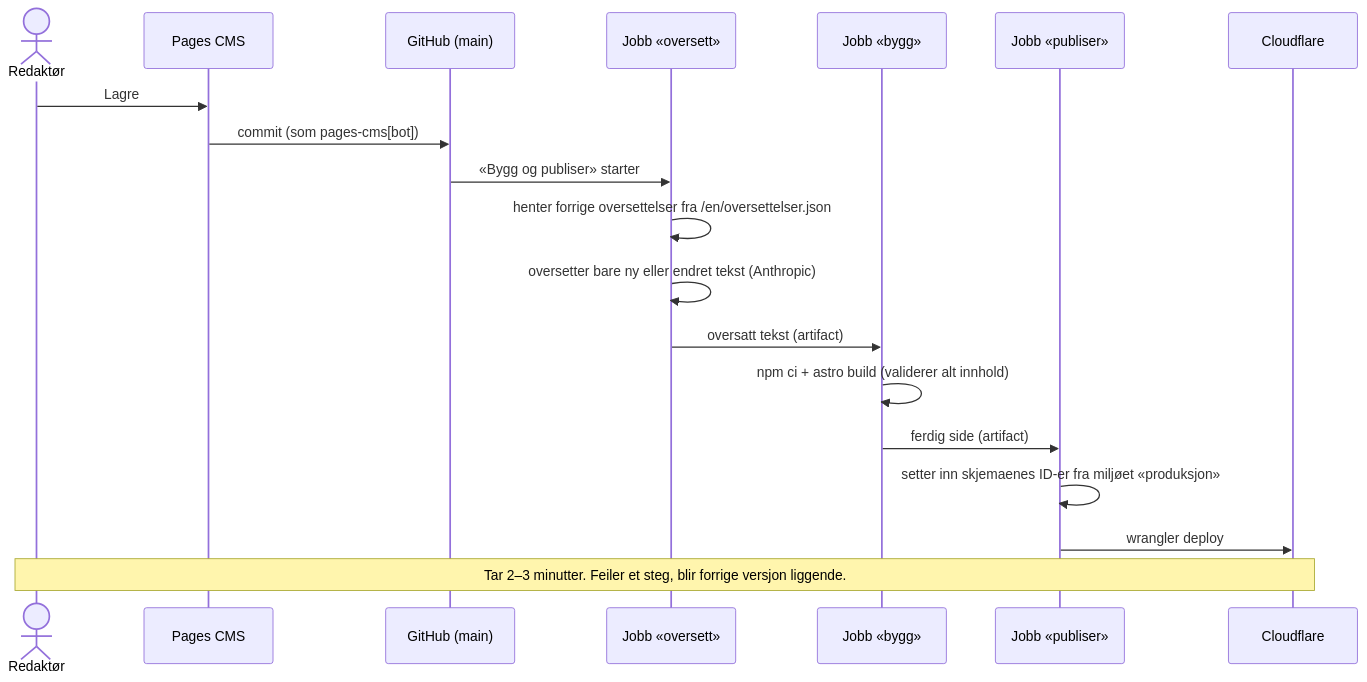
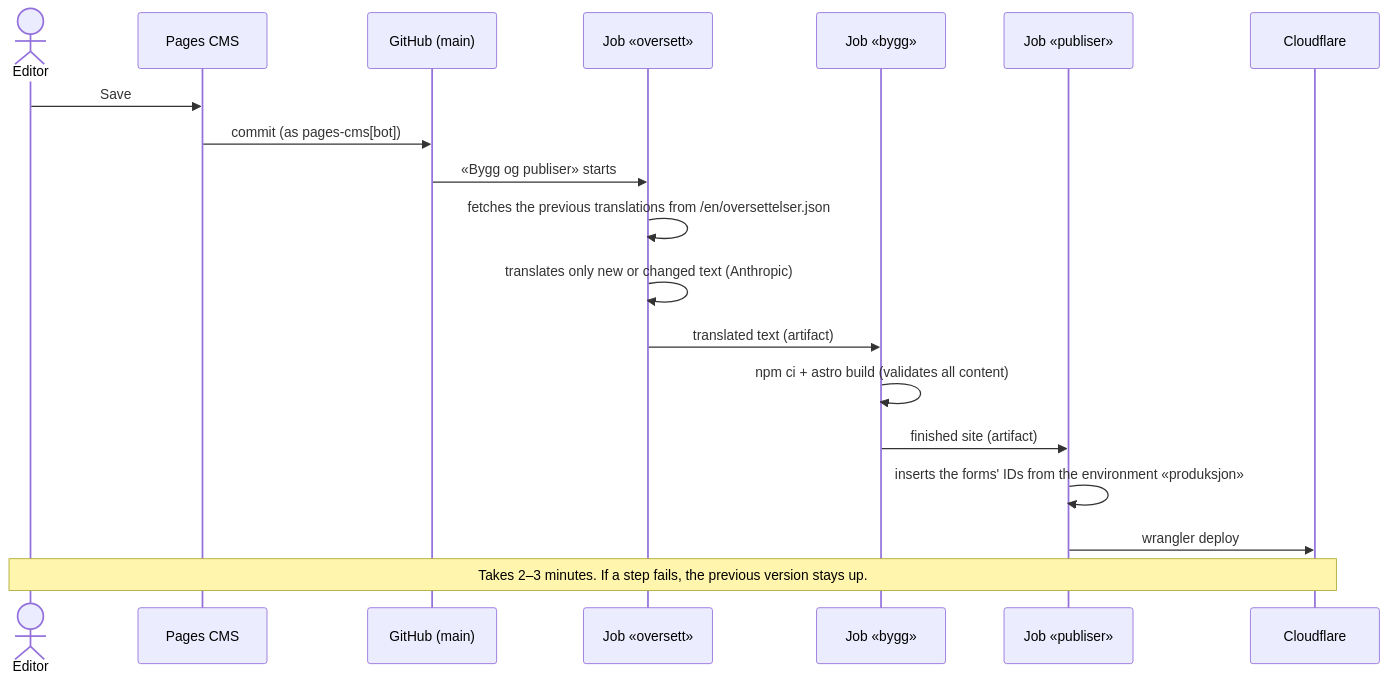
The second of 3 diagrams in docs/architecture.md (hpgt-com/hpgt-web), drawn with Mermaid before and after one commit. The commit also changed other lines of this file and 10 other files, not shown here.

````diff
--- a/docs/architecture.md
+++ b/docs/architecture.md
@@ -61,22 +61,22 @@
 ```mermaid
 sequenceDiagram
-  actor Red as Redaktør
+  actor Ed as Editor
   participant CMS as Pages CMS
   participant Repo as GitHub (main)
-  participant O as Jobb «oversett»
-  participant Bg as Jobb «bygg»
-  participant P as Jobb «publiser»
+  participant O as Job «oversett»
+  participant Bg as Job «bygg»
+  participant P as Job «publiser»
   participant CF as Cloudflare
 
-  Red->>CMS: Lagre
-  CMS->>Repo: commit (som pages-cms[bot])
-  Repo->>O: «Bygg og publiser» starter
-  O->>O: henter forrige oversettelser fra /en/oversettelser.json
-  O->>O: oversetter bare ny eller endret tekst (Anthropic)
-  O->>Bg: oversatt tekst (artifact)
-  Bg->>Bg: npm ci + astro build (validerer alt innhold)
-  Bg->>P: ferdig side (artifact)
-  P->>P: setter inn skjemaenes ID-er fra miljøet «produksjon»
+  Ed->>CMS: Save
+  CMS->>Repo: commit (as pages-cms[bot])
+  Repo->>O: «Bygg og publiser» starts
+  O->>O: fetches the previous translations from /en/oversettelser.json
+  O->>O: translates only new or changed text (Anthropic)
+  O->>Bg: translated text (artifact)
+  Bg->>Bg: npm ci + astro build (validates all content)
+  Bg->>P: finished site (artifact)
+  P->>P: inserts the forms' IDs from the environment «produksjon»
   P->>CF: wrangler deploy
-  Note over Red,CF: Tar 2–3 minutter. Feiler et steg, blir forrige versjon liggende.
+  Note over Ed,CF: Takes 2–3 minutes. If a step fails, the previous version stays up.
 ```
````
